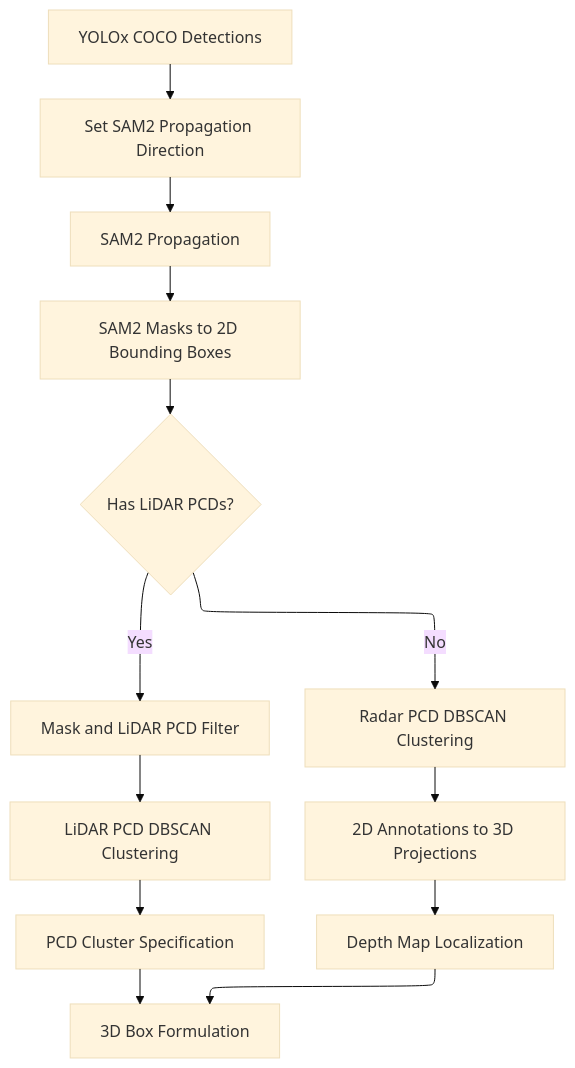
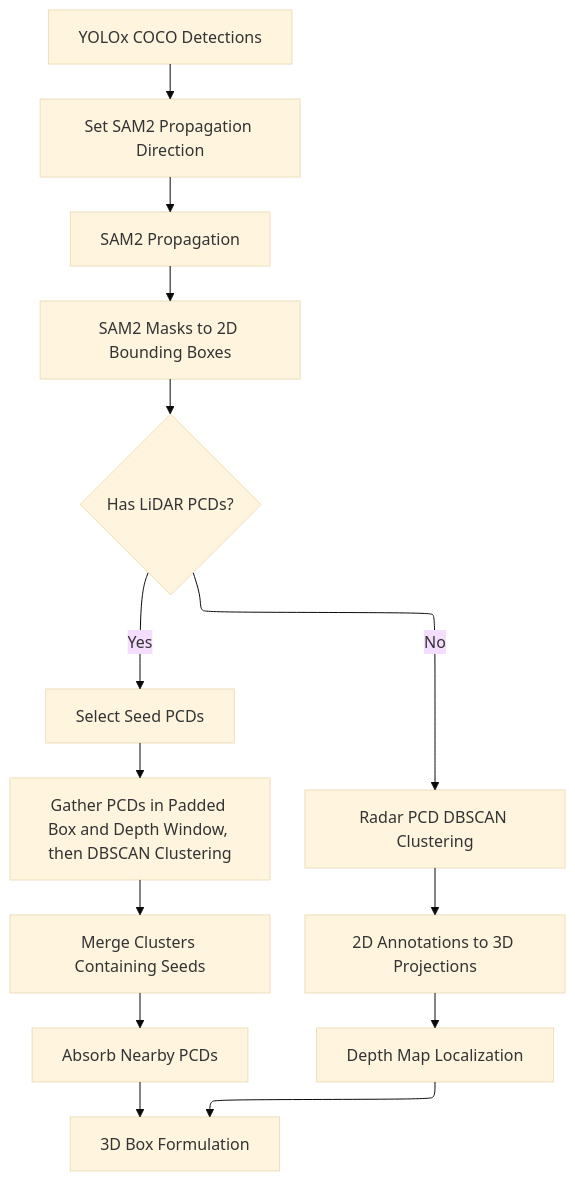
The diagram in docs/studio/agtg.md (EdgeFirstAI/documentation), drawn with Mermaid (base theme) before and after one commit. The commit also changed other lines of this file and 3 other files, not shown here.

````diff
--- a/docs/studio/agtg.md
+++ b/docs/studio/agtg.md
@@ -80,24 +86,25 @@
 ```mermaid
 %%{init: {"flowchart": {"defaultRenderer": "elk"}} }%%
 flowchart TB
     %% Definitions
     lidar{Has LiDAR PCDs?}
     yolox[YOLOx COCO Detections]
     propagation_type[Set SAM2 Propagation Direction]
     propagation[SAM2 Propagation]
     2D[SAM2 Masks to 2D Bounding Boxes]
 
-    filter[Mask and LiDAR PCD Filter]
-    lidar_cluster[LiDAR PCD DBSCAN Clustering]
-    specify_cluster[PCD Cluster Specification]
+    filter[Select Seed PCDs]
+    lidar_cluster[Gather PCDs in Padded Box and Depth Window, then DBSCAN Clustering]
+    specify_cluster[Merge Clusters Containing Seeds]
+    grow[Absorb Nearby PCDs]
     3D[3D Box Formulation]
 
     depth_map[Depth Map Localization]
     projection[2D Annotations to 3D Projections]
     radar_cluster[Radar PCD DBSCAN Clustering ]
 
     %% Flowchart
     yolox --> propagation_type--> propagation --> 2D --> lidar
-    lidar -- Yes --> filter --> lidar_cluster --> specify_cluster --> 3D
+    lidar -- Yes --> filter --> lidar_cluster --> specify_cluster --> grow --> 3D
     lidar -- No --> radar_cluster --> projection --> depth_map --> 3D
 ```
````
